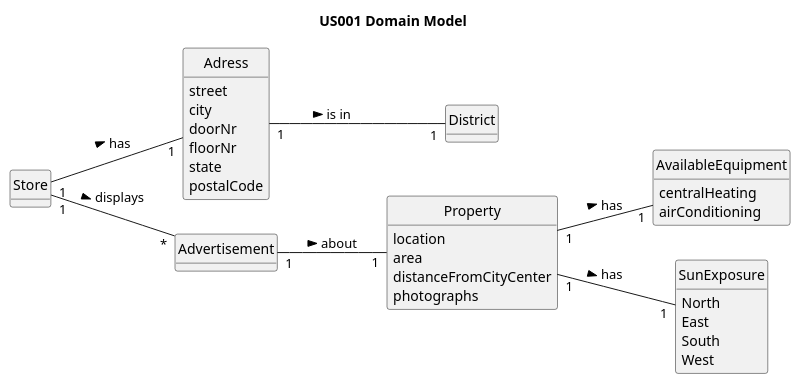
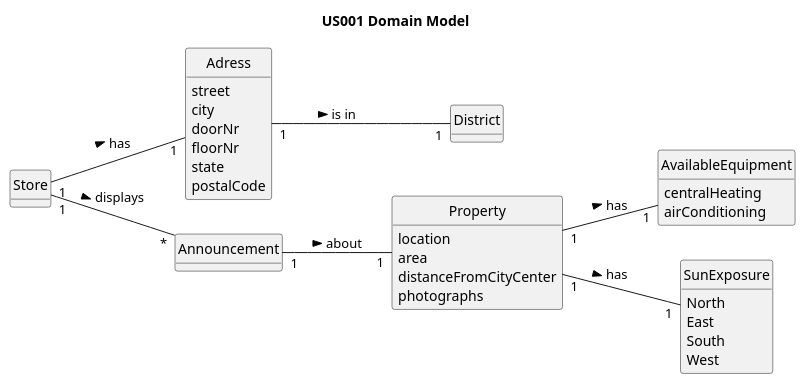
The diagram in docs/sprintB/us001/02.analysis/puml/us001-domain-model.puml (1220812/LAPR2), drawn with PlantUML before and after one commit. The commit also changed 6 other files, not shown here.

```diff
--- a/docs/sprintB/us001/02.analysis/puml/us001-domain-model.puml
+++ b/docs/sprintB/us001/02.analysis/puml/us001-domain-model.puml
@@ -1,56 +1,56 @@
 @startuml
 skinparam monochrome true
 skinparam packageStyle rectangle
 skinparam shadowing false
 
 left to right direction
 
 hide circle
 hide methods
 
 title US001 Domain Model
 
 class Adress{
 street
 city
 doorNr
 floorNr
 state
 postalCode
 }
 
 class District {
 }
 
-class Advertisement {
+class Announcement {
 }
 
 class Store {
 }
 
 class Property {
 location
 area
 distanceFromCityCenter
 photographs
 }
 
 class AvailableEquipment {
 centralHeating
 airConditioning
 }
 
 class SunExposure {
 North
 East
 South
 West
 }
 
-Store "1"-- "*" Advertisement : displays >
+Store "1"-- "*" Announcement : displays >
 Store "1" -- "1" Adress : has >
 Adress "1" -- "1" District : is in >
-Advertisement "1" -- "1" Property : about >
+Announcement "1" -- "1" Property : about >
 Property "1" -- "1" AvailableEquipment : has >
 Property "1" -- "1" SunExposure : has >
 @enduml
```
